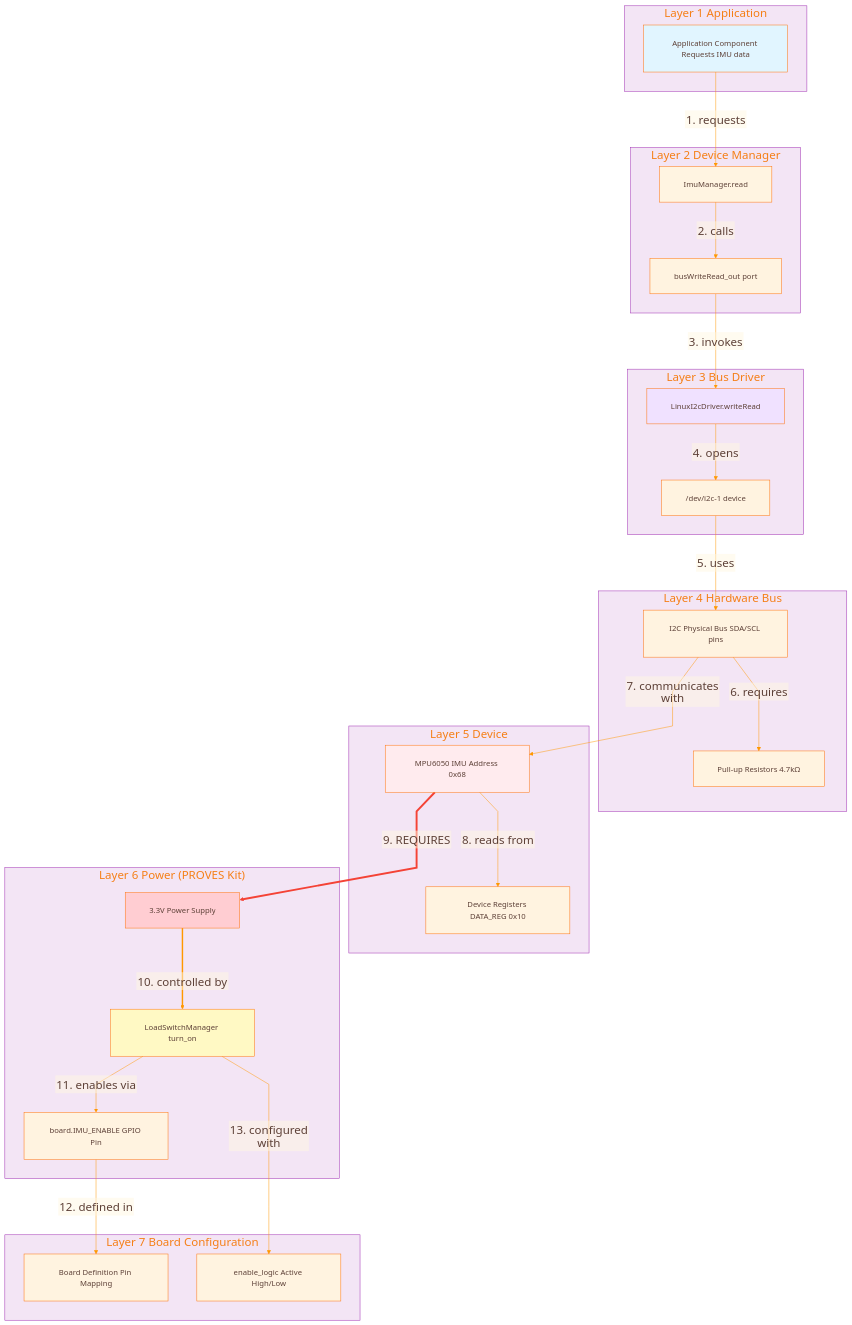
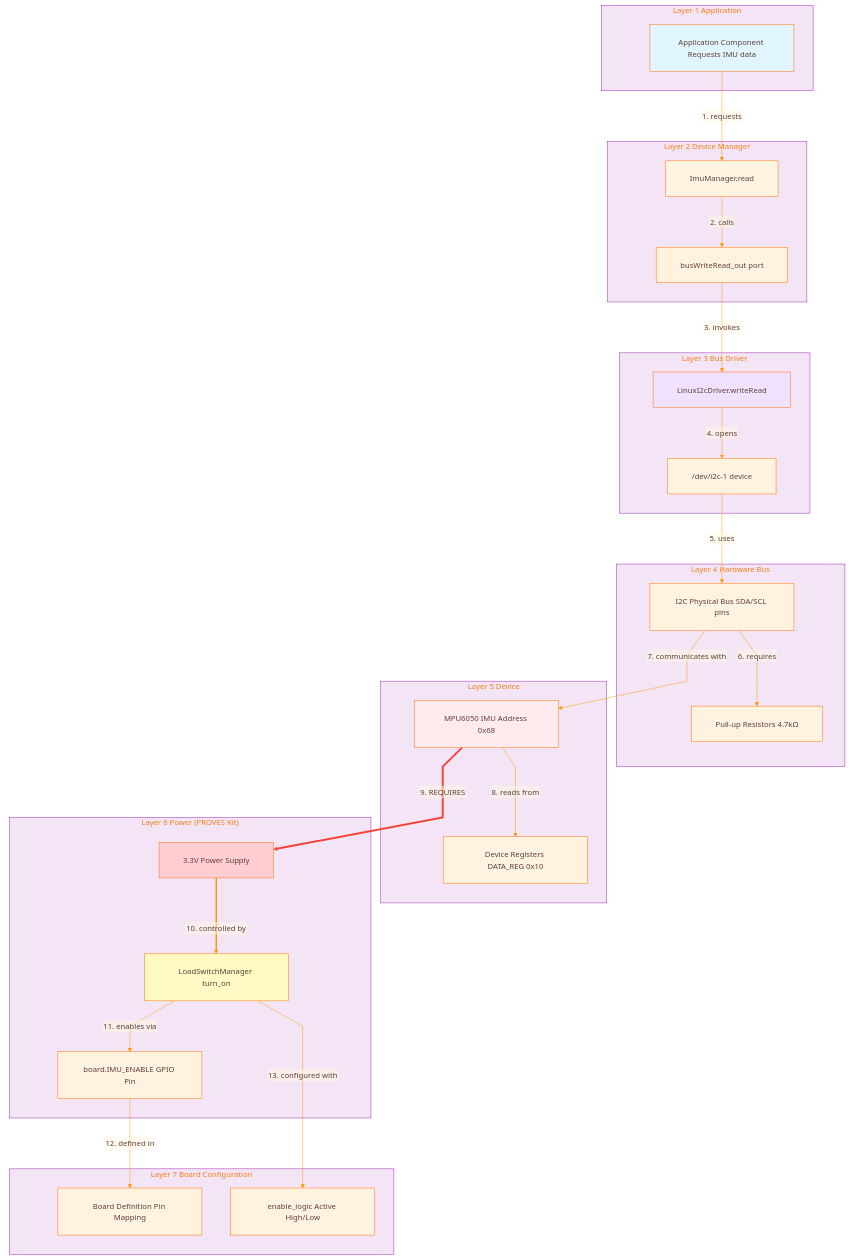
Before and after one commit to Lizo-RoadTown/PROVES_LIBRARY: the first of 6 diagrams in docs/diagrams/transitive-chains.md, drawn with Mermaid. The commit also changed other lines of this file and 6 other files, not shown here.

````diff
--- a/docs/diagrams/transitive-chains.md
+++ b/docs/diagrams/transitive-chains.md
@@ -38,7 +38,7 @@
 ---
 config:
   theme: base
-  fontSize: 20
+  fontSize: 16
   themeCSS: |
     .node rect, .cluster rect, .edgePath path { transition: filter 0.2s ease, stroke-width: 0.2s ease; }
     .node:hover rect, .cluster:hover rect, .edgePath:hover path { filter: drop-shadow(0 0 8px rgba(0,0,0,0.35)); stroke-width: 3px; }
@@ -58,7 +58,7 @@
     textColor: '#5D4037'
     lineColor: '#FF9800'
     fontFamily: '"Segoe UI", Tahoma, Geneva, Verdana, sans-serif'
-    fontSize: '24px'
+    fontSize: '16px'
     nodeBorder: '#FF6F00'
     mainBkg: '#FFF3E0'
     clusterBkg: '#F3E5F5'
@@ -114,7 +114,7 @@
     attributeBackgroundColorOdd: '#FFF8E1'
     attributeBackgroundColorEven: '#FFF3E0'
   gantt:
-    fontSize: 20
+    fontSize: 16
     barHeight: 24
     barGap: 6
     topPadding: 50
@@ -221,36 +221,43 @@
 ---
 flowchart TB
     subgraph "Layer 1 Application"
+        spacer39[ ]:::spacer
         APP[Application Component Requests IMU data]
     end
 
     subgraph "Layer 2 Device Manager"
+        spacer40[ ]:::spacer
         DM[ImuManager.read]
         PORT[busWriteRead_out port]
     end
 
     subgraph "Layer 3 Bus Driver"
+        spacer41[ ]:::spacer
         BD[LinuxI2cDriver.writeRead]
         DEV["/dev/i2c-1 device"]
     end
 
     subgraph "Layer 4 Hardware Bus"
+        spacer42[ ]:::spacer
         I2C[I2C Physical Bus SDA/SCL pins]
         PULLUP[Pull-up Resistors 4.7kΩ]
     end
 
     subgraph "Layer 5 Device"
+        spacer43[ ]:::spacer
         IMU[MPU6050 IMU Address 0x68]
         REG[Device Registers DATA_REG 0x10]
     end
 
     subgraph "Layer 6 Power (PROVES Kit)"
+        spacer44[ ]:::spacer
         PWR[3.3V Power Supply]
         LSM[LoadSwitchManager turn_on]
         PIN[board.IMU_ENABLE GPIO Pin]
     end
 
     subgraph "Layer 7 Board Configuration"
+        spacer45[ ]:::spacer
         BOARD[Board Definition Pin Mapping]
         LOGIC[enable_logic Active High/Low]
     end
@@ -281,4 +288,5 @@
     %% Font sizing classes for consistency
     classDef default font-size:16px,font-family:Segoe UI,Tahoma,Geneva,Verdana,sans-serif;
     classDef diamond font-size:14px,font-family:Segoe UI,Tahoma,Geneva,Verdana,sans-serif;
+    classDef spacer fill:none,stroke:none,color:transparent,width:1px,height:1px;
 ```
````
